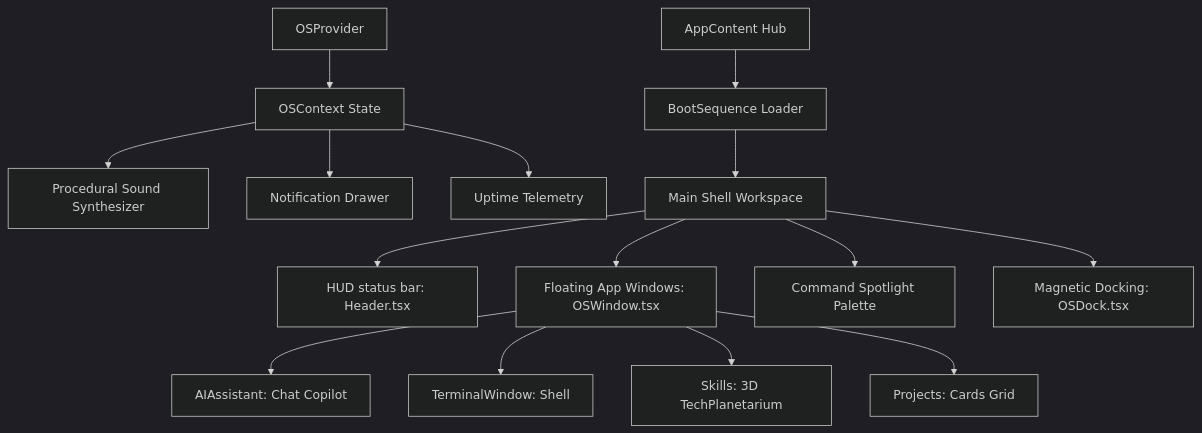
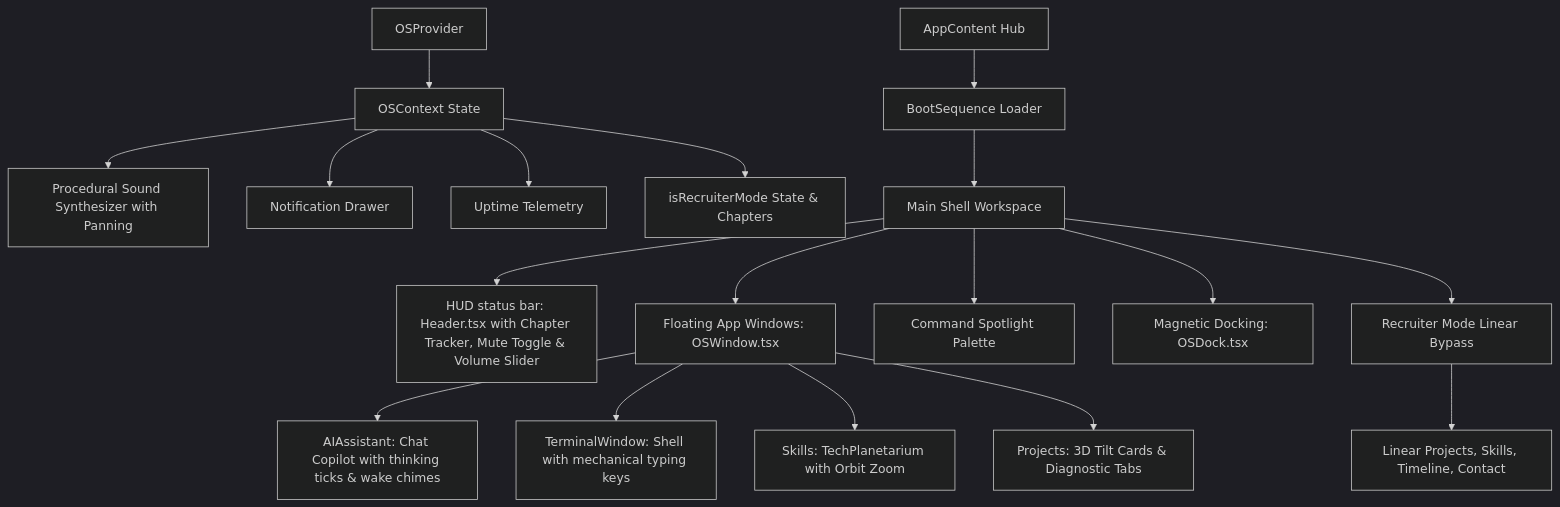
The diagram in COMPLETED.md (sanjaikumarkaleeswaran/Sanjaikumar_Portfolio), drawn with Mermaid (dark theme) before and after one commit. The commit also changed other lines of this file and 12 other files, not shown here.

Commit message:
feat: integrate premium Web Audio synthesizer engine, volume HUD, and spatial panning clicks

````diff
--- a/COMPLETED.md
+++ b/COMPLETED.md
@@ -31,20 +85,24 @@
 ```mermaid
 graph TD
   A[OSProvider] --> B[OSContext State]
-  B --> C[Procedural Sound Synthesizer]
+  B --> C[Procedural Sound Synthesizer with Panning]
   B --> D[Notification Drawer]
   B --> E[Uptime Telemetry]
+  B --> F[isRecruiterMode State & Chapters]
   
-  F[AppContent Hub] --> G[BootSequence Loader]
-  G --> H[Main Shell Workspace]
+  G[AppContent Hub] --> H[BootSequence Loader]
+  H --> I[Main Shell Workspace]
   
-  H --> I[HUD status bar: Header.tsx]
-  H --> J[Floating App Windows: OSWindow.tsx]
-  H --> K[Command Spotlight Palette]
-  H --> L[Magnetic Docking: OSDock.tsx]
+  I --> J[HUD status bar: Header.tsx with Chapter Tracker, Mute Toggle & Volume Slider]
+  I --> K[Floating App Windows: OSWindow.tsx]
+  I --> L[Command Spotlight Palette]
+  I --> M[Magnetic Docking: OSDock.tsx]
+  I --> N[Recruiter Mode Linear Bypass]
   
-  J --> M[AIAssistant: Chat Copilot]
-  J --> N[TerminalWindow: Shell]
-  J --> O[Skills: 3D TechPlanetarium]
-  J --> P[Projects: Cards Grid]
+  K --> O[AIAssistant: Chat Copilot with thinking ticks & wake chimes]
+  K --> P[TerminalWindow: Shell with mechanical typing keys]
+  K --> Q[Skills: TechPlanetarium with Orbit Zoom]
+  K --> R[Projects: 3D Tilt Cards & Diagnostic Tabs]
+  
+  N --> S[Linear Projects, Skills, Timeline, Contact]
 ```
````
